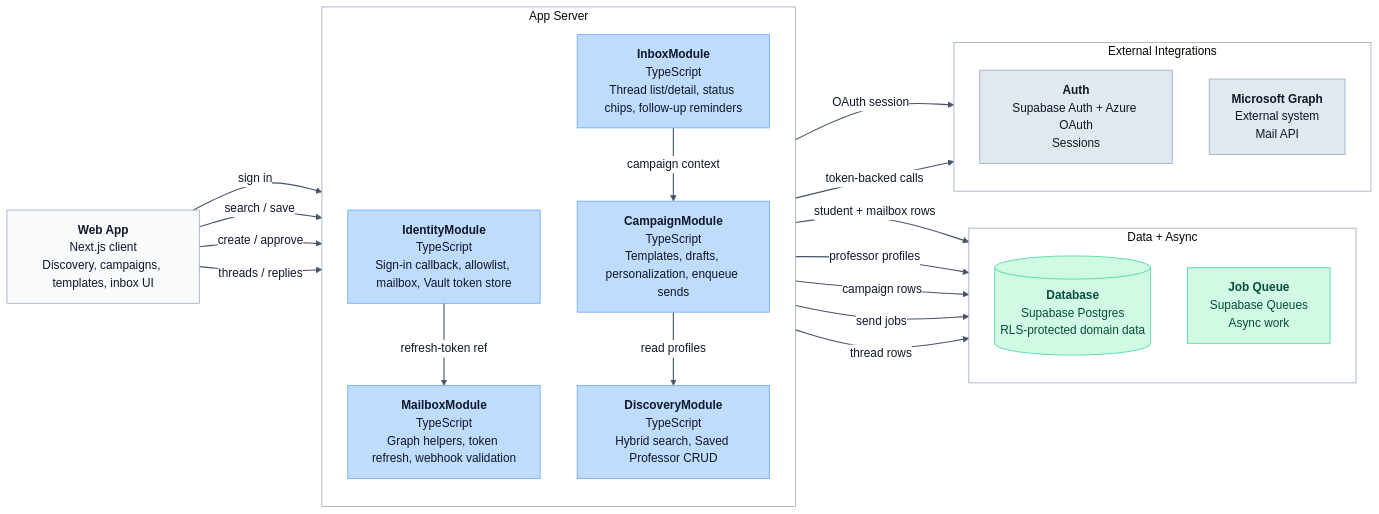
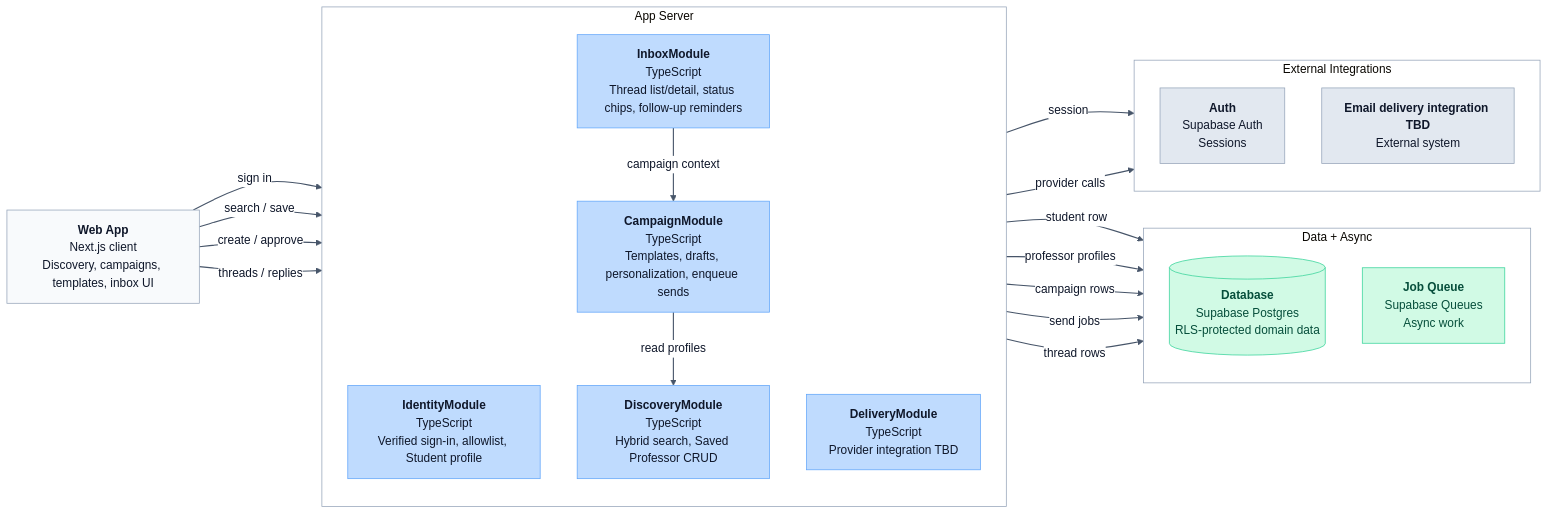
Before and after one commit to WanderingWalnut/UResearch: the first of 2 diagrams in docs/architecture/diagrams/c4-component.md, drawn with Mermaid. The commit also changed other lines of this file and 26 other files, not shown here.

First line of the commit message:
Update .gitignore, CONTEXT.md, and architecture documentation

````diff
--- a/docs/architecture/diagrams/c4-component.md
+++ b/docs/architecture/diagrams/c4-component.md
@@ -9,52 +9,51 @@
 ```mermaid
 %%{init: {"theme": "base", "themeVariables": {"background": "#f8fafc", "mainBkg": "#dbeafe", "primaryTextColor": "#0f172a", "lineColor": "#475569", "textColor": "#0f172a", "edgeLabelBackground": "#ffffff", "clusterBkg": "#ffffff", "clusterBorder": "#94a3b8", "fontFamily": "Inter, ui-sans-serif, system-ui, sans-serif"}} }%%
 flowchart LR
   web["<b>Web App</b><br/>Next.js client<br/>Discovery, campaigns, templates, inbox UI"]
 
   subgraph app["App Server"]
     direction TB
-    identity["<b>IdentityModule</b><br/>TypeScript<br/>Sign-in callback, allowlist, mailbox, Vault token store"]
+    identity["<b>IdentityModule</b><br/>TypeScript<br/>Verified sign-in, allowlist, Student profile"]
     discovery["<b>DiscoveryModule</b><br/>TypeScript<br/>Hybrid search, Saved Professor CRUD"]
     campaigns["<b>CampaignModule</b><br/>TypeScript<br/>Templates, drafts, personalization, enqueue sends"]
     inbox["<b>InboxModule</b><br/>TypeScript<br/>Thread list/detail, status chips, follow-up reminders"]
-    mailbox["<b>MailboxModule</b><br/>TypeScript<br/>Graph helpers, token refresh, webhook validation"]
+    delivery["<b>DeliveryModule</b><br/>TypeScript<br/>Provider integration TBD"]
   end
 
   subgraph data["Data + Async"]
     direction TB
     db[("<b>Database</b><br/>Supabase Postgres<br/>RLS-protected domain data")]
     queue["<b>Job Queue</b><br/>Supabase Queues<br/>Async work"]
   end
 
   subgraph integrations["External Integrations"]
     direction TB
-    auth["<b>Auth</b><br/>Supabase Auth + Azure OAuth<br/>Sessions"]
-    ms_graph["<b>Microsoft Graph</b><br/>External system<br/>Mail API"]
+    auth["<b>Auth</b><br/>Supabase Auth<br/>Sessions"]
+    mail_provider["<b>Email delivery integration TBD</b><br/>External system"]
   end
 
   web -->|"sign in"| identity
   web -->|"search / save"| discovery
   web -->|"create / approve"| campaigns
   web -->|"threads / replies"| inbox
 
-  identity -->|"OAuth session"| auth
-  identity -->|"student + mailbox rows"| db
-  identity -->|"refresh-token ref"| mailbox
+  identity -->|"session"| auth
+  identity -->|"student row"| db
   discovery -->|"professor profiles"| db
   campaigns -->|"campaign rows"| db
   campaigns -->|"read profiles"| discovery
   campaigns -->|"send jobs"| queue
   inbox -->|"thread rows"| db
   inbox -->|"campaign context"| campaigns
-  mailbox -->|"token-backed calls"| ms_graph
+  delivery -->|"provider calls"| mail_provider
 
   classDef clientNode fill:#f8fafc,stroke:#94a3b8,color:#0f172a,stroke-width:1px
   classDef appNode fill:#bfdbfe,stroke:#60a5fa,color:#0f172a,stroke-width:1px
   classDef external fill:#e2e8f0,stroke:#94a3b8,color:#0f172a,stroke-width:1px
   classDef dataNode fill:#d1fae5,stroke:#34d399,color:#064e3b,stroke-width:1px
   class web clientNode
-  class identity,discovery,campaigns,inbox,mailbox appNode
-  class auth,ms_graph external
+  class identity,discovery,campaigns,inbox,delivery appNode
+  class auth,mail_provider external
   class db,queue dataNode
   linkStyle default stroke:#475569,stroke-width:1.5px
 ```
````
